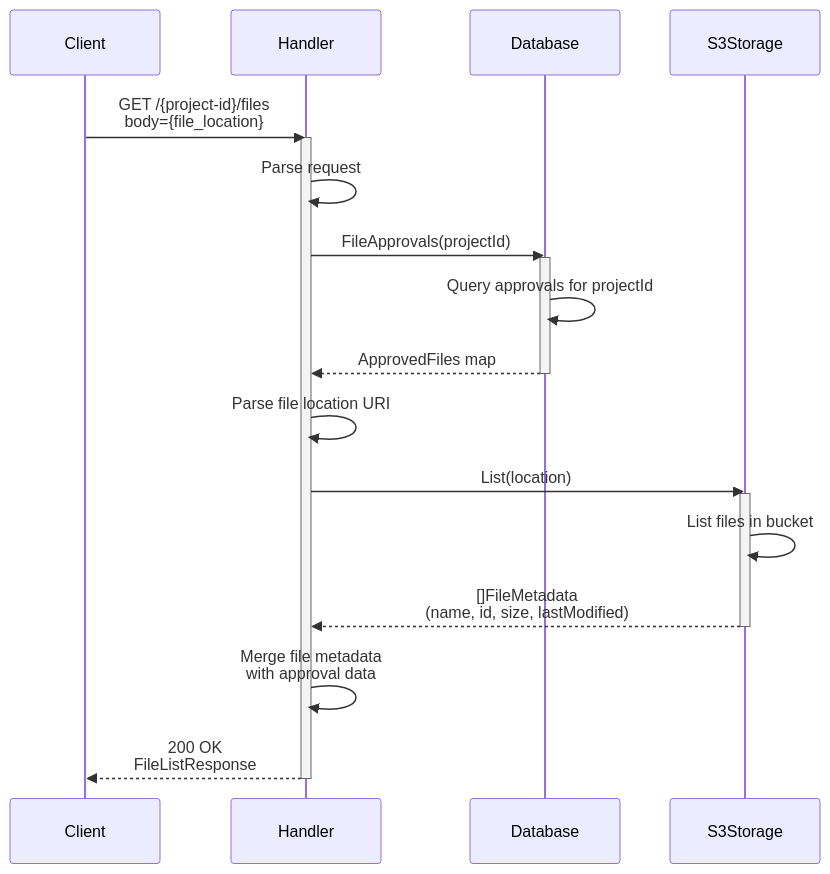
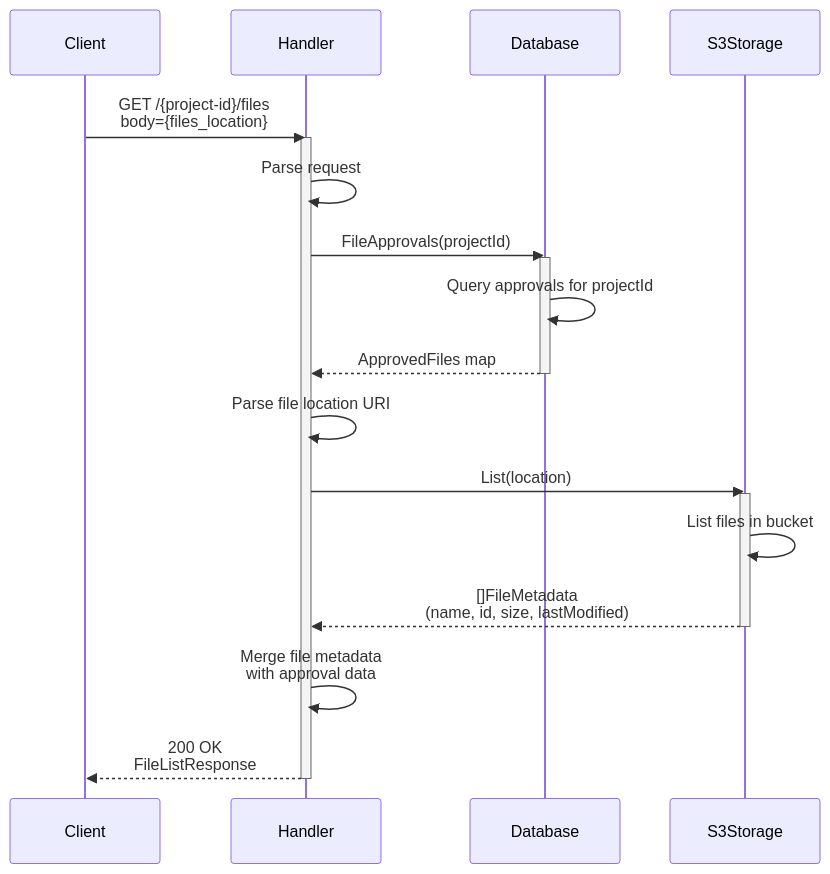
Before and after one commit to ucl-arc-tre/egress: the first of 3 diagrams in docs/design/operations.md, drawn with Mermaid. The commit also changed other lines of this file and 1 other file, not shown here.

Commit message:
pr: fixed typos and rewording

````diff
--- a/docs/design/operations.md
+++ b/docs/design/operations.md
@@ -19,31 +19,31 @@
 ```mermaid
 sequenceDiagram
     participant Client
     participant Handler
     participant Database
     participant S3Storage
 
-    Client->>Handler: GET /{project-id}/files<br/>body={file_location}
+    Client->>Handler: GET /{project-id}/files<br/>body={files_location}
 
     activate Handler
     Handler->>Handler: Parse request
 
     Handler->>Database: FileApprovals(projectId)
     activate Database
     Database->>Database: Query approvals for projectId
     Database-->>Handler: ApprovedFiles map
     deactivate Database
 
     Handler->>Handler: Parse file location URI
 
     Handler->>S3Storage: List(location)
     activate S3Storage
     S3Storage->>S3Storage: List files in bucket
     S3Storage-->>Handler: []FileMetadata<br/>(name, id, size, lastModified)
     deactivate S3Storage
 
     Handler->>Handler: Merge file metadata<br/>with approval data
 
     Handler-->>Client: 200 OK<br/>FileListResponse
     deactivate Handler
 ```
````
